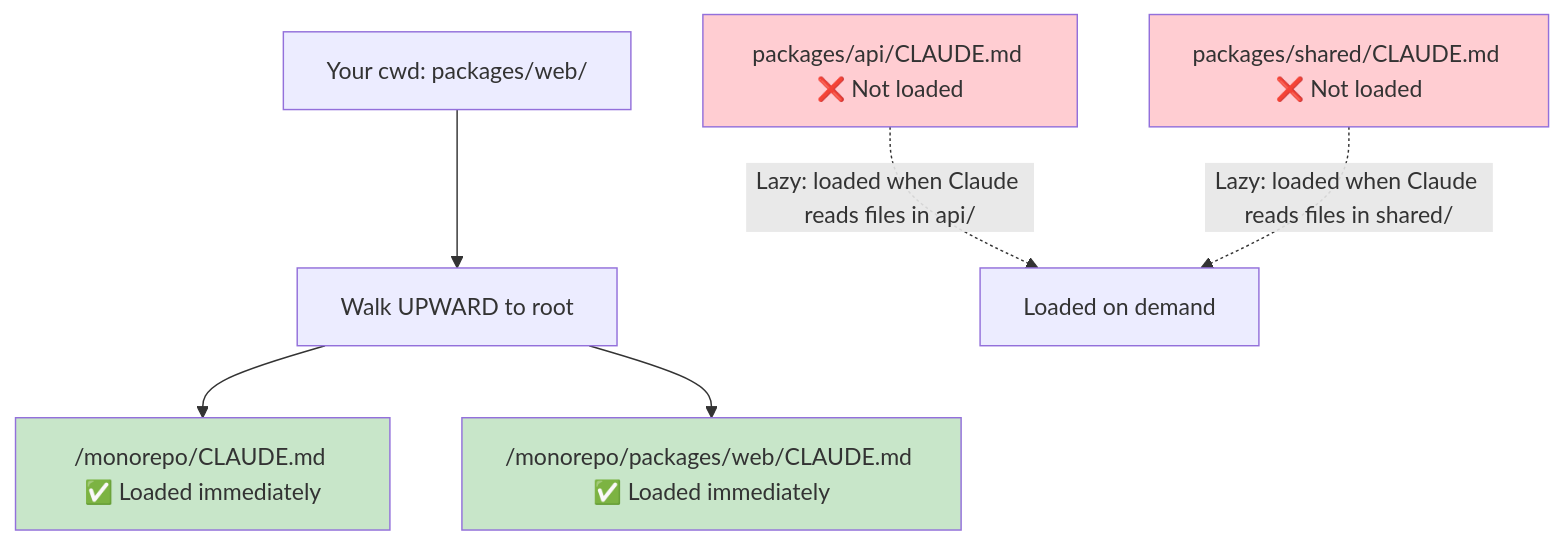
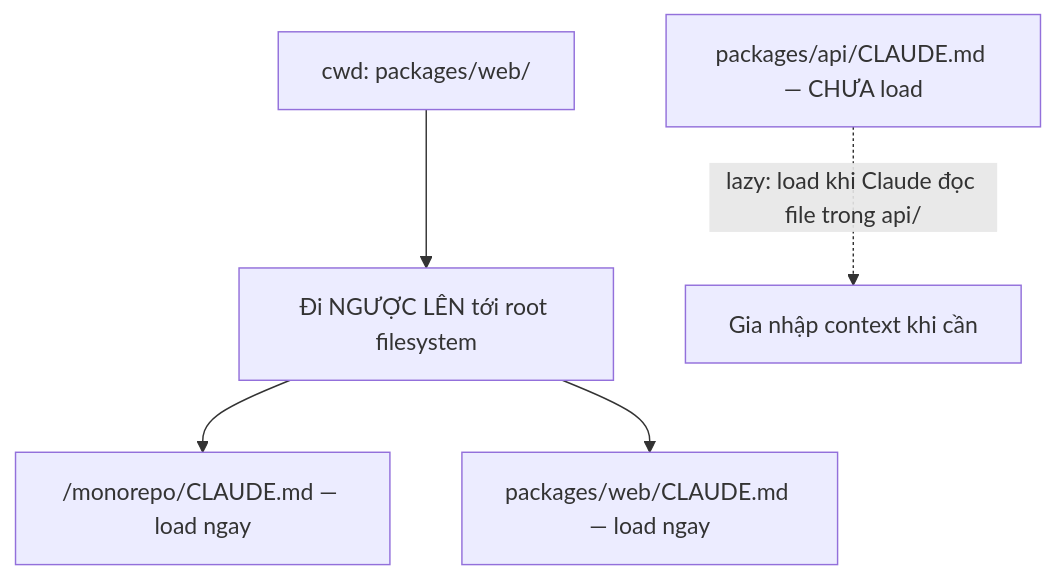
One commit to ShipWithAI/claude-code-mastery changed the diagram in src/content/docs/vi/claude-code/phase-10-team-collaboration/01-team-claude-md.md. Above: the diagram before and after it, drawn with Mermaid. The commit also changed other lines of this file and 1 other file, not shown here.

Commit message:
rewrite(10.1): scoped .claude/rules, managed CLAUDE.md, /memory (audit W2-10)

````diff
--- a/src/content/docs/vi/claude-code/phase-10-team-collaboration/01-team-claude-md.md
+++ b/src/content/docs/vi/claude-code/phase-10-team-collaboration/01-team-claude-md.md
@@ -84,14 +48,7 @@
 ```mermaid
 graph TD
-    CWD[Your cwd: packages/web/] --> Walk[Walk UPWARD to root]
-    Walk --> Root["/monorepo/CLAUDE.md ✅ Loaded immediately"]
-    Walk --> Pkg["/monorepo/packages/web/CLAUDE.md ✅ Loaded immediately"]
-
-    Other1["packages/api/CLAUDE.md ❌ Not loaded"] -.->|"Lazy: loaded when Claude reads files in api/"| Later[Loaded on demand]
-    Other2["packages/shared/CLAUDE.md ❌ Not loaded"] -.->|"Lazy: loaded when Claude reads files in shared/"| Later
-
-    style Root fill:#c8e6c9
-    style Pkg fill:#c8e6c9
-    style Other1 fill:#ffcdd2
-    style Other2 fill:#ffcdd2
+    CWD["cwd: packages/web/"] --> Walk[Đi NGƯỢC LÊN tới root filesystem]
+    Walk --> Root["/monorepo/CLAUDE.md — load ngay"]
+    Walk --> Pkg["packages/web/CLAUDE.md — load ngay"]
+    Other["packages/api/CLAUDE.md — CHƯA load"] -.->|"lazy: load khi Claude đọc file trong api/"| Later[Gia nhập context khi cần]
 ```
````
